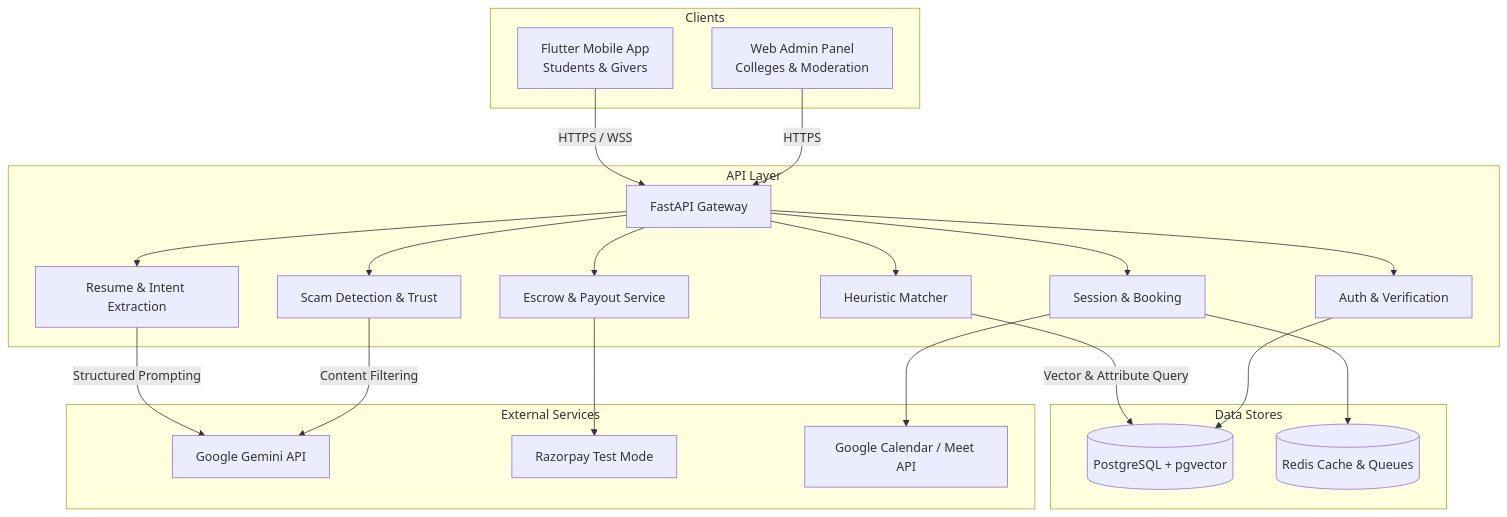
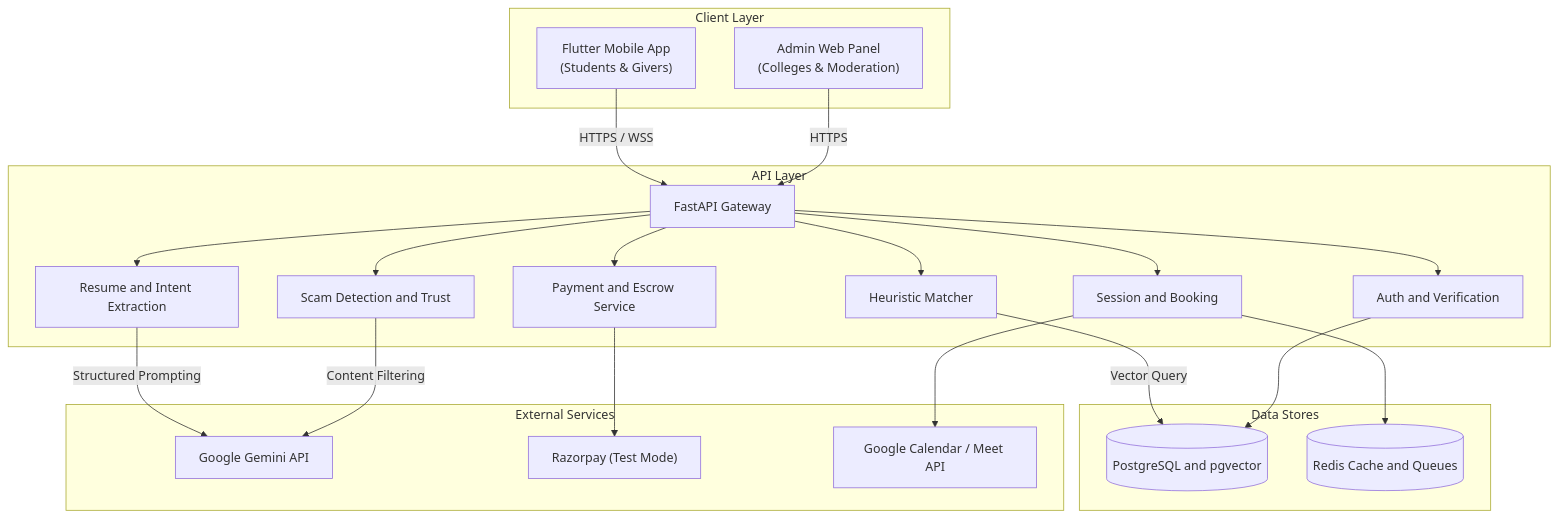
One commit to AnmolGarg8/WarmPath changed the diagram in docs/ARCHITECTURE.md. Above: the diagram before and after it, drawn with Mermaid. The commit also changed 1 other file, not shown here.

Commit message:
fix: resolve Mermaid rendering syntax error on GitHub

````diff
--- a/docs/ARCHITECTURE.md
+++ b/docs/ARCHITECTURE.md
@@ -7,38 +7,38 @@
 ```mermaid
-graph TD
-    subgraph Clients
-        A[Flutter Mobile App<br/>Students & Givers]
-        B[Web Admin Panel<br/>Colleges & Moderation]
+flowchart TD
+    subgraph Clients["Client Layer"]
+        A["Flutter Mobile App<br/>(Students & Givers)"]
+        B["Admin Web Panel<br/>(Colleges & Moderation)"]
     end
 
-    subgraph API Layer
-        C[FastAPI Gateway]
-        C --> D[Auth & Verification]
-        C --> E[Resume & Intent Extraction]
-        C --> F[Heuristic Matcher]
-        C --> G[Session & Booking]
-        C --> H[Escrow & Payout Service]
-        C --> I[Scam Detection & Trust]
+    subgraph API["API Layer"]
+        C["FastAPI Gateway"]
+        C --> D["Auth and Verification"]
+        C --> E["Resume and Intent Extraction"]
+        C --> F["Heuristic Matcher"]
+        C --> G["Session and Booking"]
+        C --> H["Payment and Escrow Service"]
+        C --> I["Scam Detection and Trust"]
     end
 
-    subgraph Data Stores
-        J[(PostgreSQL + pgvector)]
-        K[(Redis Cache & Queues)]
+    subgraph DataStores["Data Stores"]
+        J[("PostgreSQL and pgvector")]
+        K[("Redis Cache and Queues")]
     end
 
-    subgraph External Services
-        L[Google Gemini API]
-        M[Razorpay Test Mode]
-        N[Google Calendar / Meet API]
+    subgraph External["External Services"]
+        L["Google Gemini API"]
+        M["Razorpay (Test Mode)"]
+        N["Google Calendar / Meet API"]
     end
 
-    A -->|HTTPS / WSS| C
-    B -->|HTTPS| C
-    E -->|Structured Prompting| L
-    I -->|Content Filtering| L
-    F -->|Vector & Attribute Query| J
+    A -->|"HTTPS / WSS"| C
+    B -->|"HTTPS"| C
+    E -->|"Structured Prompting"| L
+    I -->|"Content Filtering"| L
+    F -->|"Vector Query"| J
     D --> J
     G --> K
     H --> M
     G --> N
 ```
````
